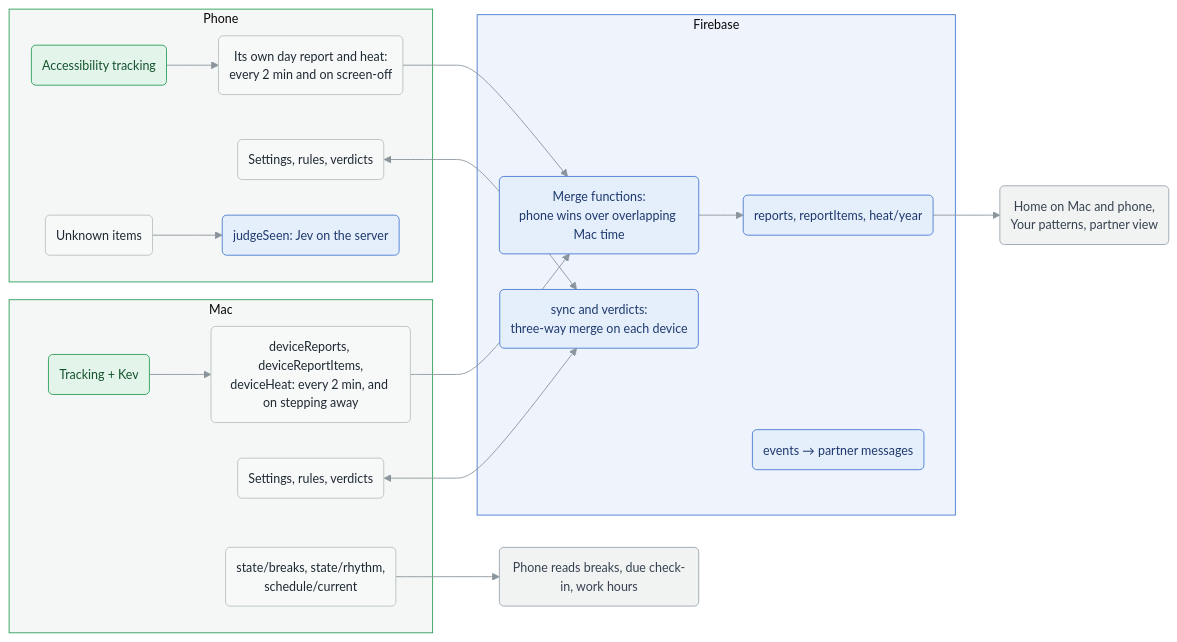
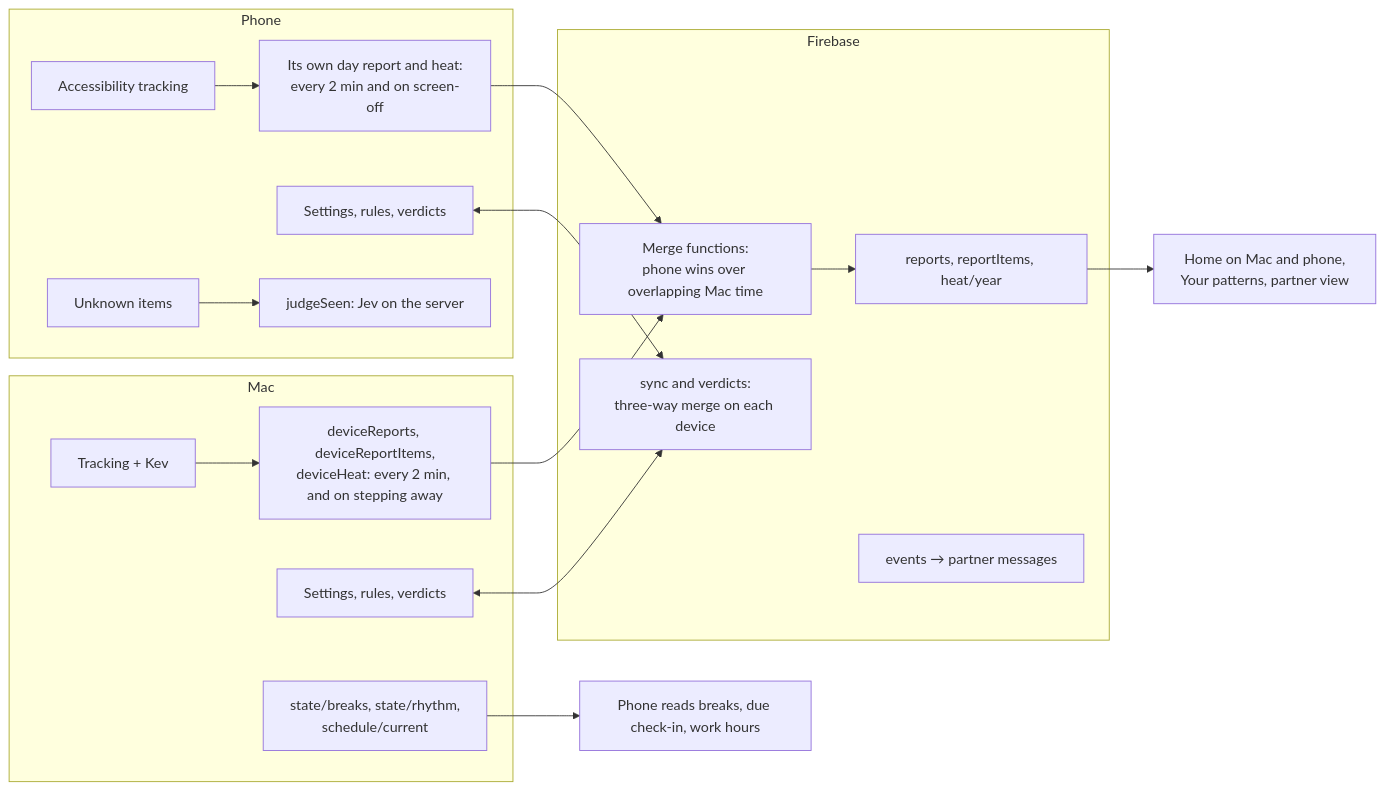
One commit to hodapp512/ontask changed the seventh of 7 diagrams in docs/FLOWS.md. Above: the diagram before and after it, drawn with Mermaid. The commit also changed other lines of this file and 1 other file, not shown here.

Commit message:
FLOWS.md: back to Mermaid's default look (the custom theme broke in IntelliJ's dark preview); keep readable state names

````diff
--- a/docs/FLOWS.md
+++ b/docs/FLOWS.md
@@ -324,38 +233,24 @@
 ```mermaid
-%%{init: {"theme": "base", "themeVariables": {"fontFamily": "-apple-system, BlinkMacSystemFont, Segoe UI, Helvetica, Arial, sans-serif", "fontSize": "14px", "primaryColor": "#F7F9F8", "primaryBorderColor": "#B8C2BC", "primaryTextColor": "#1F2933", "lineColor": "#8A949C", "edgeLabelBackground": "#FFFFFF", "tertiaryColor": "#F7F9F8", "clusterBkg": "#F4F7F5", "clusterBorder": "#C8D0CB"}, "flowchart": {"curve": "basis", "nodeSpacing": 40, "rankSpacing": 50, "padding": 12}}}%%
 flowchart LR
     subgraph Mac
-        MT("Tracking + Kev") --> MR("deviceReports, deviceReportItems,<br/>deviceHeat: every 2 min, and on stepping away")
-        MS("Settings, rules, verdicts")
-        MST("state/breaks, state/rhythm,<br/>schedule/current")
+        MT[Tracking + Kev] --> MR[deviceReports, deviceReportItems,<br/>deviceHeat: every 2 min, and on stepping away]
+        MS[Settings, rules, verdicts]
+        MST[state/breaks, state/rhythm,<br/>schedule/current]
     end
     subgraph Phone
-        PT("Accessibility tracking") --> PR("Its own day report and heat:<br/>every 2 min and on screen-off")
-        PS("Settings, rules, verdicts")
-        PJ("Unknown items") --> JS("judgeSeen: Jev on the server")
+        PT[Accessibility tracking] --> PR[Its own day report and heat:<br/>every 2 min and on screen-off]
+        PS[Settings, rules, verdicts]
+        PJ[Unknown items] --> JS[judgeSeen: Jev on the server]
     end
     subgraph Firebase
-        MERGE("Merge functions:<br/>phone wins over overlapping Mac time") --> RD("reports, reportItems, heat/year")
-        SYNC("sync and verdicts:<br/>three-way merge on each device")
-        EVT("events → partner messages")
+        MERGE[Merge functions:<br/>phone wins over overlapping Mac time] --> RD[reports, reportItems, heat/year]
+        SYNC[sync and verdicts:<br/>three-way merge on each device]
+        EVT[events → partner messages]
     end
     MR --> MERGE
     PR --> MERGE
     MS <--> SYNC
     PS <--> SYNC
-    MST --> PH("Phone reads breaks, due check-in, work hours")
-    RD --> VIEW("Home on Mac and phone,<br/>Your patterns, partner view")
-
-    classDef start fill:#1F7A44,stroke:#1F7A44,color:#FFFFFF,font-weight:bold
-    classDef good fill:#E3F4EA,stroke:#2E9E5B,color:#14532D
-    classDef bad fill:#FBE7E7,stroke:#D64545,color:#7F1D1D
-    classDef warn fill:#FFF4DA,stroke:#E0A526,color:#6B4E00
-    classDef partner fill:#E5EEFB,stroke:#4A7BD0,color:#1E3A6E
-    classDef quiet fill:#F1F3F2,stroke:#9AA5B1,color:#374151
-    class MT,PT good
-    class MERGE,RD,SYNC,EVT,JS partner
-    class VIEW,PH quiet
-    style Mac fill:#F4F7F5,stroke:#2E9E5B
-    style Phone fill:#F4F7F5,stroke:#2E9E5B
-    style Firebase fill:#EEF3FC,stroke:#4A7BD0
+    MST --> PH[Phone reads breaks, due check-in, work hours]
+    RD --> VIEW[Home on Mac and phone,<br/>Your patterns, partner view]
 ```
````
